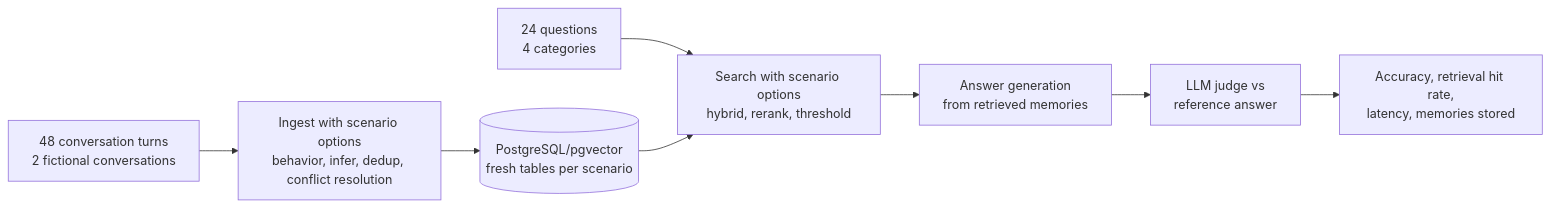
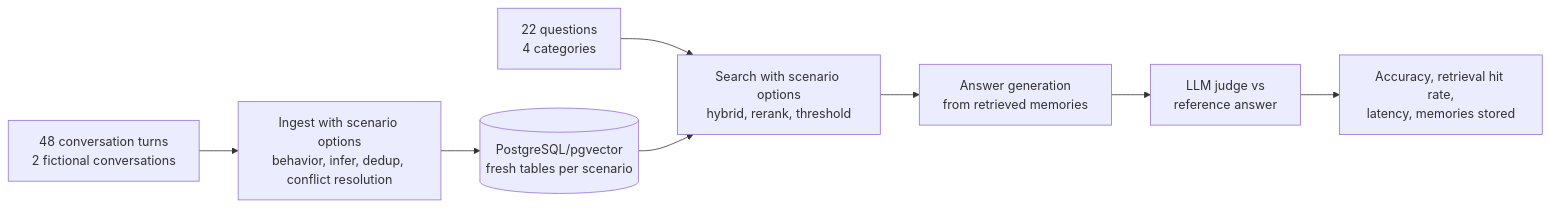
Before and after one commit to jihadkhawaja/mem0sharp: the diagram in docs/evaluation.md, drawn with Mermaid. The commit also changed other lines of this file and 39 other files, not shown here.

````diff
--- a/docs/evaluation.md
+++ b/docs/evaluation.md
@@ -15,10 +15,10 @@
 ```mermaid
 flowchart LR
     A[48 conversation turns<br/>2 fictional conversations] --> B[Ingest with scenario options<br/>behavior, infer, dedup, conflict resolution]
     B --> C[(PostgreSQL/pgvector<br/>fresh tables per scenario)]
-    D[24 questions<br/>4 categories] --> E[Search with scenario options<br/>hybrid, rerank, threshold]
+    D[22 questions<br/>4 categories] --> E[Search with scenario options<br/>hybrid, rerank, threshold]
     C --> E
     E --> F[Answer generation<br/>from retrieved memories]
     F --> G[LLM judge vs<br/>reference answer]
     G --> H[Accuracy, retrieval hit rate,<br/>latency, memories stored]
 ```
````
